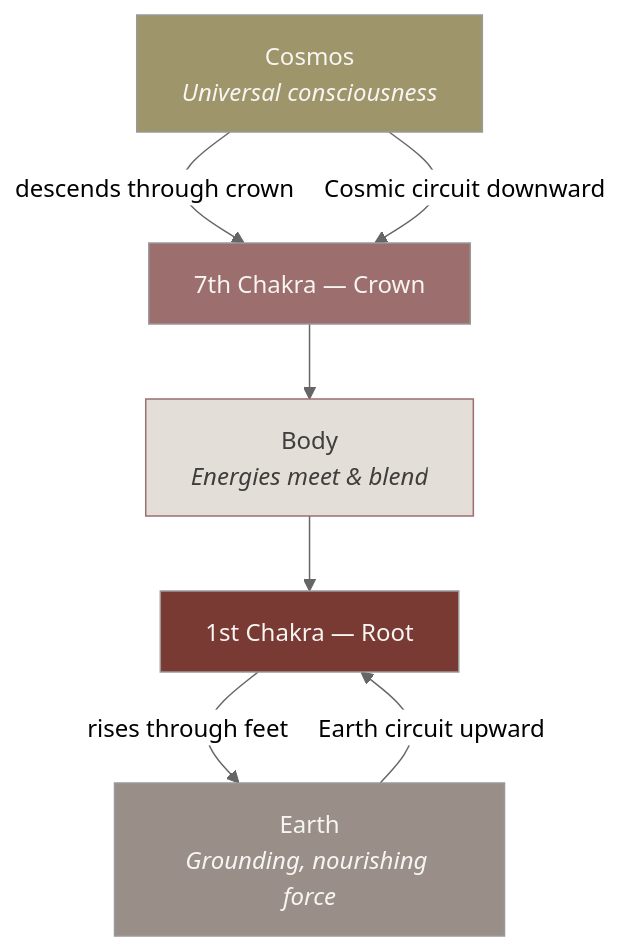
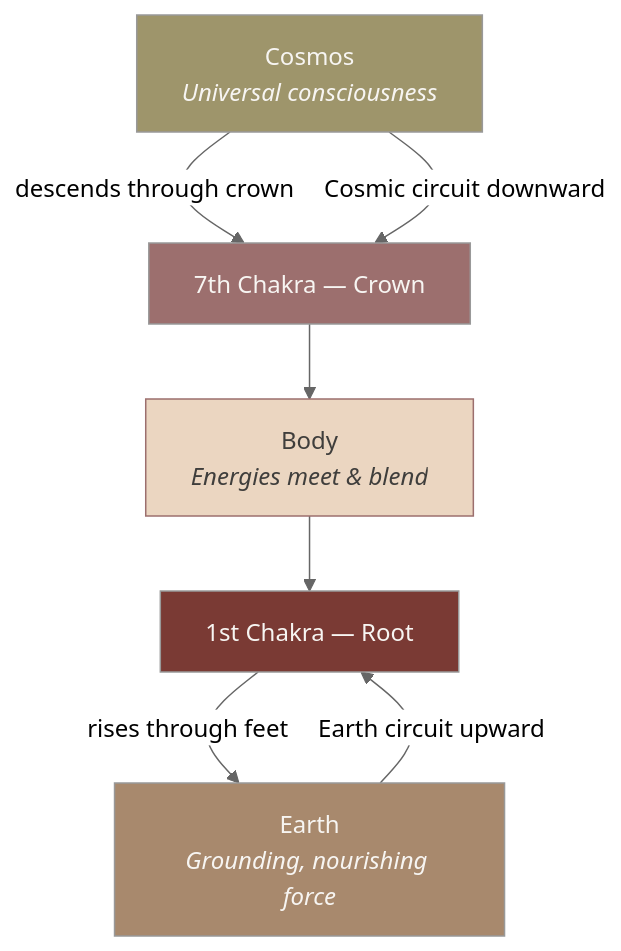
One commit to Light-Brands/roses-os changed diagram 11 of 28 in docs/brand/brand-dna.md. Above: the diagram before and after it, drawn with Mermaid (neutral theme). The commit also changed other lines of this file and 2 other files, not shown here.

````diff
--- a/docs/brand/brand-dna.md
+++ b/docs/brand/brand-dna.md
@@ -552,16 +552,16 @@
 ```mermaid
 graph TD
     COSMOS["Cosmos<br/><i>Universal consciousness</i>"]
     COSMOS -->|"descends through crown"| CROWN["7th Chakra — Crown"]
     CROWN --> BODY["Body<br/><i>Energies meet & blend</i>"]
     BODY --> ROOT["1st Chakra — Root"]
     ROOT -->|"rises through feet"| EARTH["Earth<br/><i>Grounding, nourishing force</i>"]
     EARTH -->|"Earth circuit upward"| ROOT
     COSMOS -->|"Cosmic circuit downward"| CROWN
 
     style COSMOS fill:#9E956B,color:#F7F5F2
     style CROWN fill:#9C6F6E,color:#F7F5F2
-    style BODY fill:#E4DED8,color:#3F3E3C,stroke:#9C6F6E
+    style BODY fill:#EBD6C1,color:#3F3E3C,stroke:#9C6F6E
     style ROOT fill:#7A3A34,color:#F7F5F2
-    style EARTH fill:#9A8F88,color:#F7F5F2
+    style EARTH fill:#A8896D,color:#F7F5F2
 ```
````
